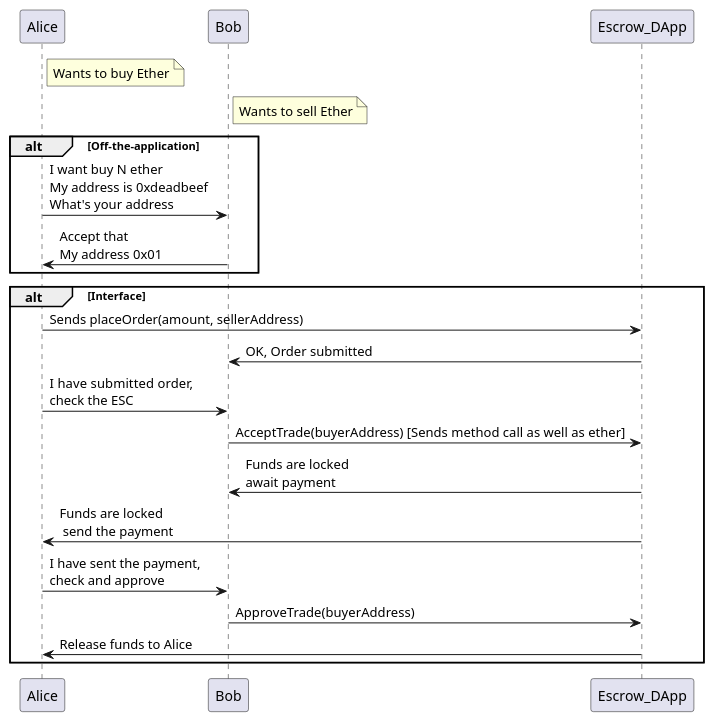
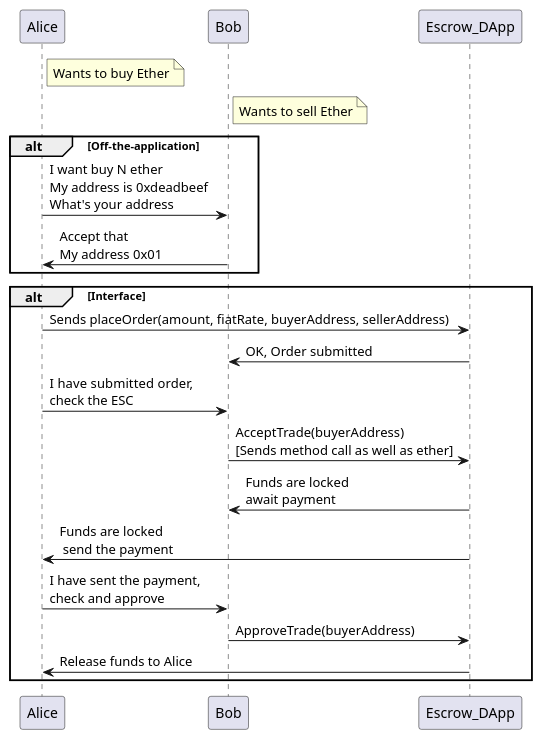
Before and after one commit to tark-industries/exchange-smart-contract: the diagram in docs/puml/workflow_scheme.puml, drawn with PlantUML. The commit also changed 1 other file, not shown here.

```diff
--- a/docs/puml/workflow_scheme.puml
+++ b/docs/puml/workflow_scheme.puml
@@ -1,27 +1,26 @@
 @startuml
 
 note right of Alice
 Wants to buy Ether
 end note
 
 note right of Bob
 Wants to sell Ether
 end note
 
-
 alt Off-the-application
 Alice -> "Bob" : I want buy N ether\nMy address is 0xdeadbeef \nWhat's your address
 "Bob" -> "Alice": Accept that \nMy address 0x01
 end
 alt Interface
-"Alice" -> Escrow_DApp : Sends placeOrder(amount, sellerAddress)
+"Alice" -> Escrow_DApp : Sends placeOrder(amount, fiatRate, buyerAddress, sellerAddress)
 Escrow_DApp -> Bob : OK, Order submitted
 "Alice" -> "Bob" : I have submitted order, \ncheck the ESC
-"Bob" -> Escrow_DApp : AcceptTrade(buyerAddress) [Sends method call as well as ether]
+"Bob" -> Escrow_DApp : AcceptTrade(buyerAddress) \n[Sends method call as well as ether]
 "Escrow_DApp" -> Bob : Funds are locked\nawait payment
 "Escrow_DApp" -> Alice : Funds are locked\n send the payment
 "Alice" -> "Bob" : I have sent the payment,\ncheck and approve
 "Bob" -> Escrow_DApp : ApproveTrade(buyerAddress)
 "Escrow_DApp" -> Alice : Release funds to Alice
 end
 @enduml
```
